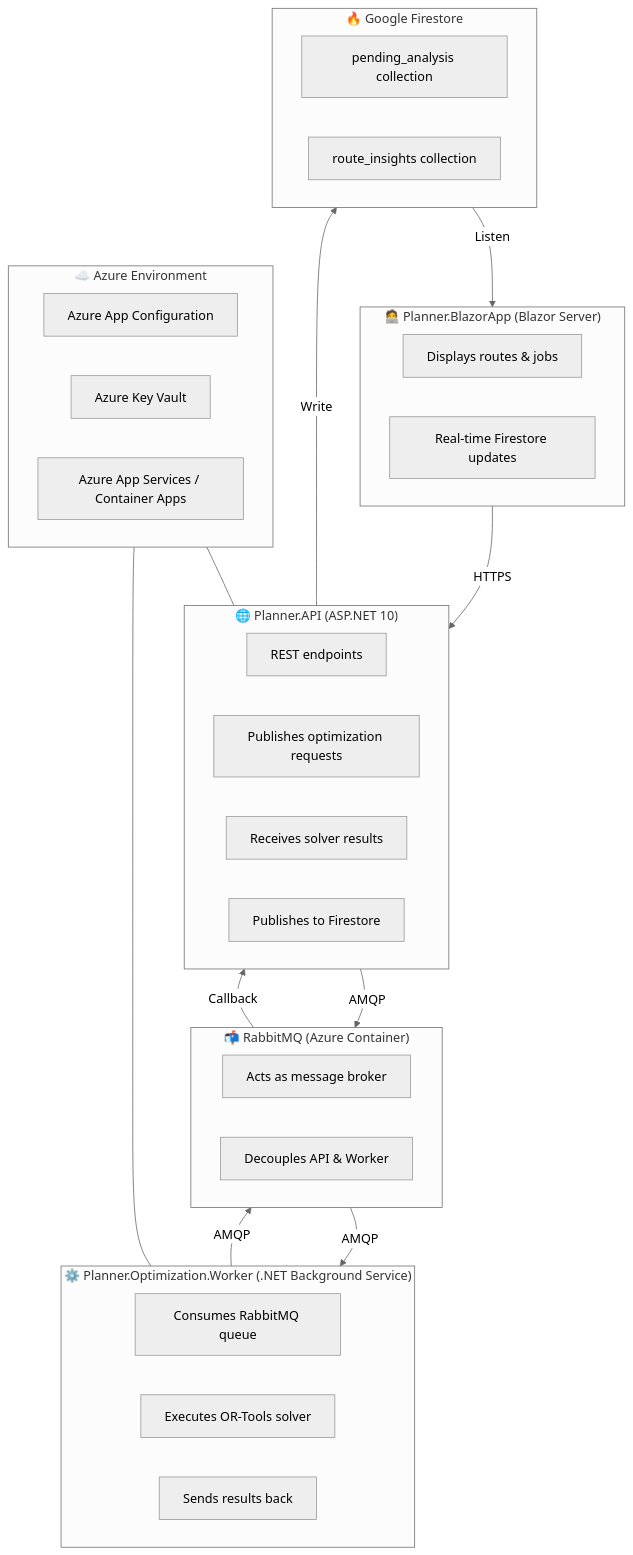
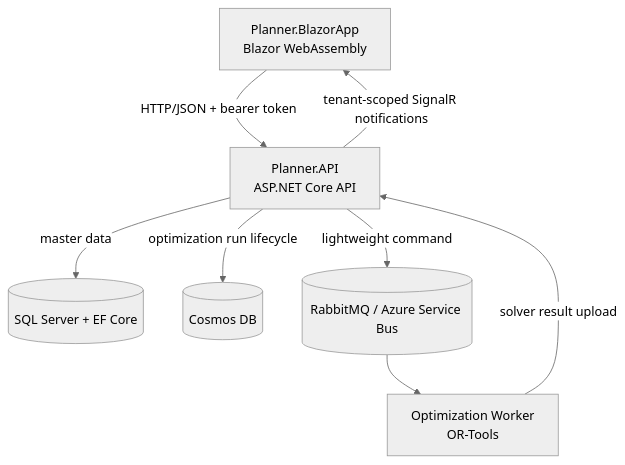
One commit to stephen-wu-chaohui/Planner changed the first of 2 diagrams in docs/README.md. Above: the diagram before and after it, drawn with Mermaid (neutral theme). The commit also changed other lines of this file and 91 other files, not shown here.

Commit message:
feat: migrate planner to wasm and service bus path

````diff
--- a/docs/README.md
+++ b/docs/README.md
@@ -22,40 +7,12 @@
 ```mermaid
 flowchart TD
-    subgraph UI["🧑‍💻 Planner.BlazorApp (Blazor Server)"]
-        A1[Displays routes & jobs]
-        A2[Real-time Firestore updates]
-    end
-    subgraph API["🌐 Planner.API (ASP.NET 10)"]
-        B1[REST endpoints]
-        B2[Publishes optimization requests]
-        B3[Receives solver results]
-        B4[Publishes to Firestore]
-    end
-    subgraph Worker["⚙️ Planner.Optimization.Worker (.NET Background Service)"]
-        C1[Consumes RabbitMQ queue]
-        C2[Executes OR-Tools solver]
-        C3[Sends results back]
-    end
-    subgraph MQ["📬 RabbitMQ (Azure Container)"]
-        D1[Acts as message broker]
-        D2[Decouples API & Worker]
-    end
-    subgraph Cloud["☁️ Azure Environment"]
-        E1[Azure App Configuration]
-        E2[Azure Key Vault]
-        E3[Azure App Services / Container Apps]
-    end
-    subgraph Firestore["🔥 Google Firestore"]
-        F1[pending_analysis collection]
-        F2[route_insights collection]
-    end
-    UI -->|HTTPS| API
-    API -->|AMQP| MQ
-    MQ -->|AMQP| Worker
-    Worker -->|AMQP| MQ
-    MQ -->|Callback| API
-    API -->|Write| Firestore
-    Firestore -->|Listen| UI
-    Cloud --- API
-    Cloud --- Worker
+    UI["Planner.BlazorApp<br/>Blazor WebAssembly"] -->|HTTP/JSON + bearer token| API["Planner.API<br/>ASP.NET Core API"]
+    API -->|tenant-scoped SignalR notifications| UI
+
+    API -->|master data| SQL[(SQL Server + EF Core)]
+    API -->|optimization run lifecycle| COSMOS[(Cosmos DB)]
+    API -->|lightweight command| BUS[(RabbitMQ / Azure Service Bus)]
+
+    BUS --> WORKER["Optimization Worker<br/>OR-Tools"]
+    WORKER -->|solver result upload| API
 ```
````
